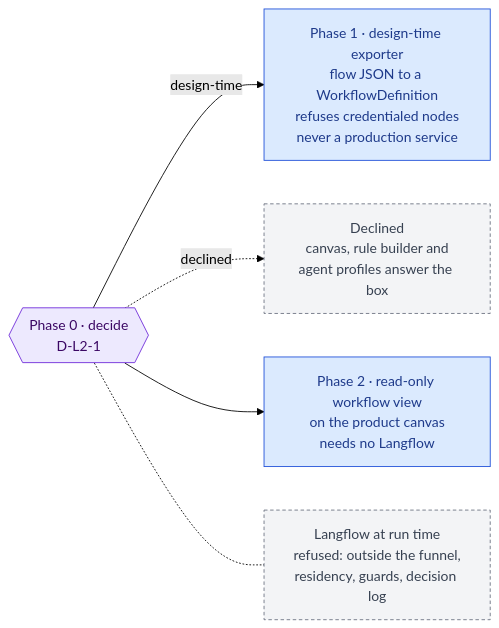
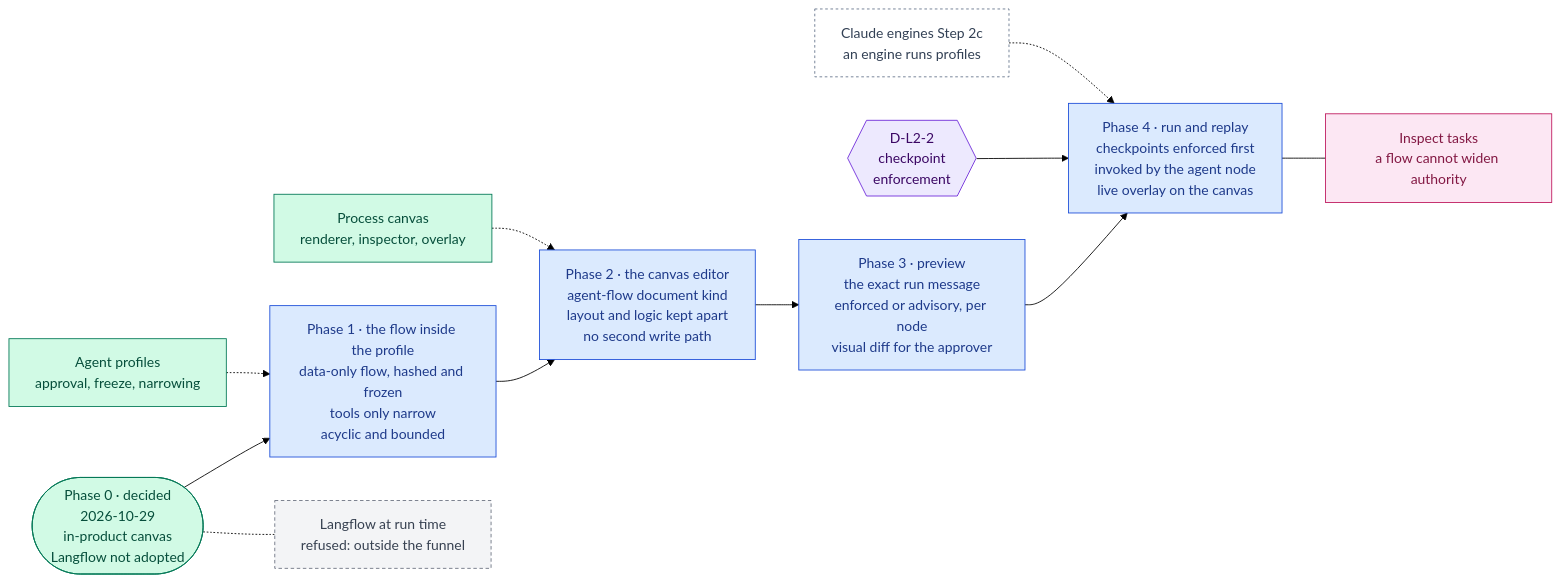
Before and after one commit to RodnaPamet/inflect-compliance: the diagram in docs/ai-architecture/langflow.md, drawn with Mermaid (forest theme). The commit also changed other lines of this file and 1 other file, not shown here.

First line of the commit message:
docs(ai-architecture): plan the agent-flow canvas in the product (D-L2-1 decided)

````diff
--- a/docs/ai-architecture/langflow.md
+++ b/docs/ai-architecture/langflow.md
@@ -29,19 +35,29 @@
 ```mermaid
 flowchart LR
-  P0{{"Phase 0 · decide<br/>D-L2-1"}}:::gate
-  RT["Langflow at run time<br/>refused: outside the funnel,<br/>residency, guards, decision log"]:::declined
-  DEC["Declined<br/>canvas, rule builder and<br/>agent profiles answer the box"]:::declined
-  P1["Phase 1 · design-time exporter<br/>flow JSON to a WorkflowDefinition<br/>refuses credentialed nodes<br/>never a production service"]:::todo
-  P2["Phase 2 · read-only workflow view<br/>on the product canvas<br/>needs no Langflow"]:::todo
-  P0 -->|design-time| P1
-  P0 -.->|declined| DEC
-  P0 --> P2
-  P0 -.- RT
+  P0(["Phase 0 · decided<br/>2026-10-29<br/>in-product canvas<br/>Langflow not adopted"]):::done
+  P1["Phase 1 · the flow inside the profile<br/>data-only flow, hashed and frozen<br/>tools only narrow<br/>acyclic and bounded"]:::todo
+  P2["Phase 2 · the canvas editor<br/>agent-flow document kind<br/>layout and logic kept apart<br/>no second write path"]:::todo
+  P3["Phase 3 · preview<br/>the exact run message<br/>enforced or advisory, per node<br/>visual diff for the approver"]:::todo
+  P4["Phase 4 · run and replay<br/>checkpoints enforced first<br/>invoked by the agent node<br/>live overlay on the canvas"]:::todo
+  G2{{"D-L2-2<br/>checkpoint<br/>enforcement"}}:::gate
+  PROF["Agent profiles<br/>approval, freeze, narrowing"]:::done
+  CANV["Process canvas<br/>renderer, inspector, overlay"]:::done
+  ENG["Claude engines Step 2c<br/>an engine runs profiles"]:::ext
+  INS["Inspect tasks<br/>a flow cannot widen authority"]:::eval
+  LF["Langflow at run time<br/>refused: outside the funnel"]:::declined
+
+  P0 --> P1 --> P2 --> P3 --> P4
+  PROF -.-> P1
+  CANV -.-> P2
+  G2 --> P4
+  ENG -.-> P4
+  P4 --- INS
+  P0 -.- LF
 
   classDef done fill:#d1fae5,stroke:#047857,color:#064e3b
   classDef todo fill:#dbeafe,stroke:#1d4ed8,color:#1e3a8a
   classDef gate fill:#ede9fe,stroke:#6d28d9,color:#3b0764
   classDef ext fill:#ffffff,stroke:#64748b,color:#334155,stroke-dasharray:3 3
   classDef eval fill:#fce7f3,stroke:#be185d,color:#831843
   classDef declined fill:#f3f4f6,stroke:#6b7280,color:#374151,stroke-dasharray:4 3
 ```
````
